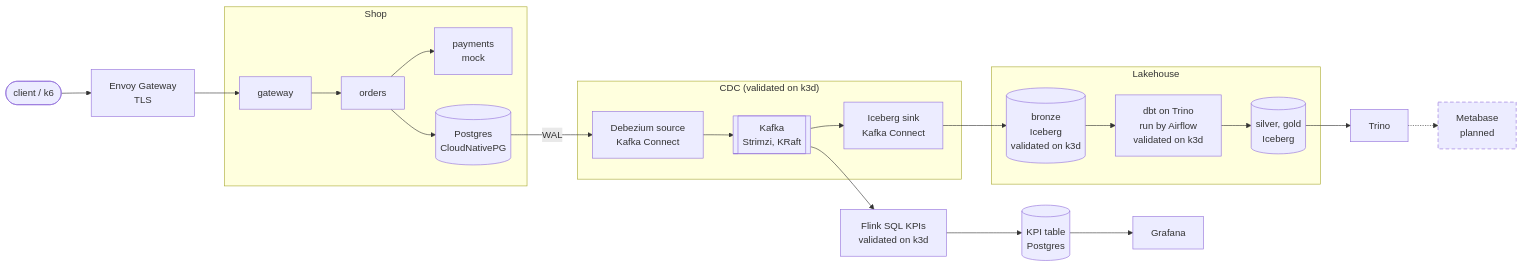
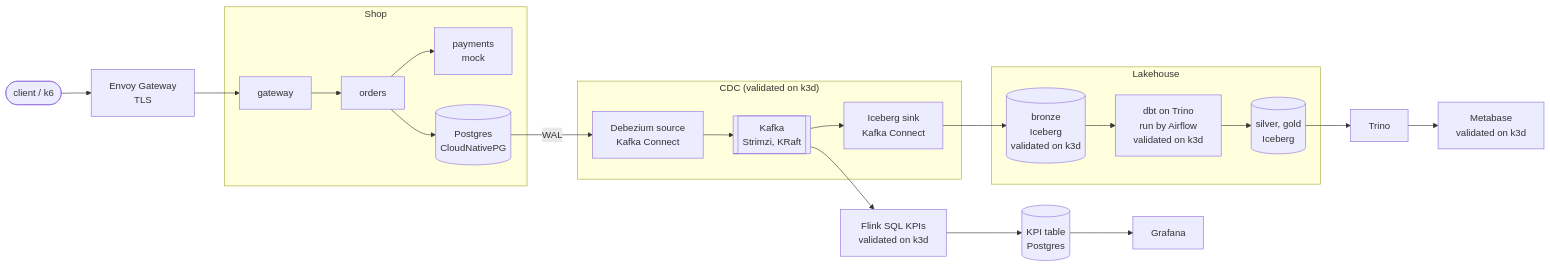
The first of 2 diagrams in README.md (winthebest/shopflow), drawn with Mermaid before and after one commit. The commit also changed other lines of this file, not shown here.

Commit message:
docs(readme): state after Gate 3: Metabase live, Phase 5 done locally, four game days, lab boundary (#295)

````diff
--- a/README.md
+++ b/README.md
@@ -35,20 +36,19 @@
 ```mermaid
 flowchart LR
   client([client / k6]) --> edge[Envoy Gateway<br/>TLS]
   subgraph shop [Shop]
     gw[gateway] --> orders[orders] --> pay[payments<br/>mock]
     orders --> pg[(Postgres<br/>CloudNativePG)]
   end
   edge --> gw
   subgraph cdc ["CDC (validated on k3d)"]
     dbz[Debezium source<br/>Kafka Connect] --> kafka[[Kafka<br/>Strimzi, KRaft]] --> sink[Iceberg sink<br/>Kafka Connect]
   end
   pg -- WAL --> dbz
   subgraph lake [Lakehouse]
     bronze[(bronze<br/>Iceberg<br/>validated on k3d)] --> dbt[dbt on Trino<br/>run by Airflow<br/>validated on k3d] --> gold[(silver, gold<br/>Iceberg)]
   end
   sink --> bronze
-  gold --> trino[Trino] -.-> mb[Metabase<br/>planned]:::planned
+  gold --> trino[Trino] --> mb[Metabase<br/>validated on k3d]
   kafka --> flink[Flink SQL KPIs<br/>validated on k3d] --> kpi[(KPI table<br/>Postgres)] --> graf[Grafana]
-  classDef planned stroke-dasharray: 6 4
 ```
````
